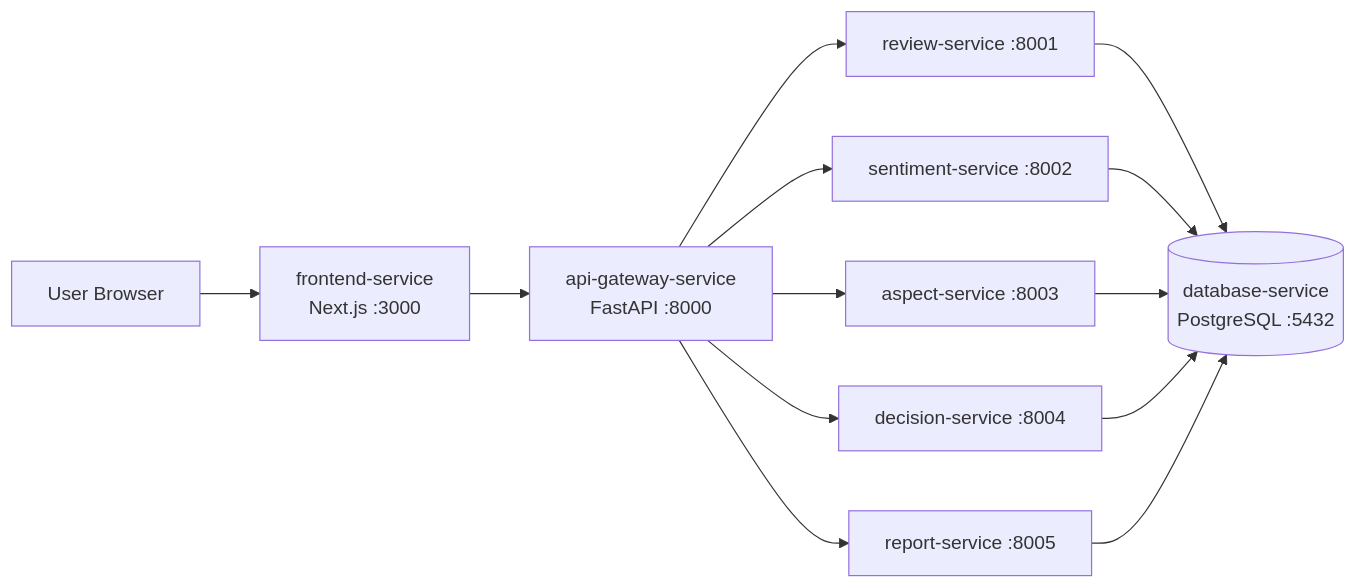
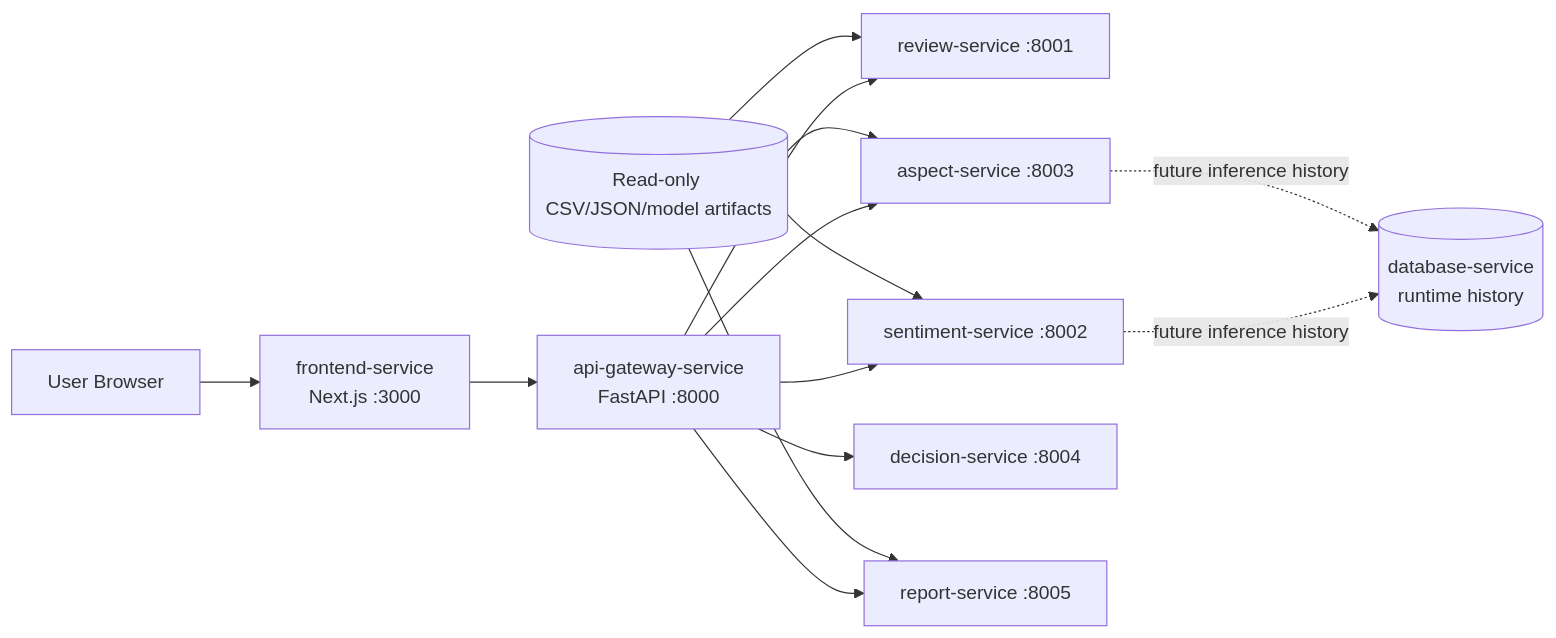
Before and after one commit to ahmadzkh/SentiRank: the first of 2 diagrams in docs/microservices/architecture.md, drawn with Mermaid. The commit also changed other lines of this file and 5 other files, not shown here.

Commit message:
docs: clarify research artifact and runtime database boundaries

````diff
--- a/docs/microservices/architecture.md
+++ b/docs/microservices/architecture.md
@@ -34,15 +85,16 @@
 ```mermaid
 flowchart LR
     Browser[User Browser] --> Frontend[frontend-service<br/>Next.js :3000]
     Frontend --> Gateway[api-gateway-service<br/>FastAPI :8000]
     Gateway --> Review[review-service :8001]
     Gateway --> Sentiment[sentiment-service :8002]
     Gateway --> Aspect[aspect-service :8003]
     Gateway --> Decision[decision-service :8004]
     Gateway --> Report[report-service :8005]
-    Review --> Database[(database-service<br/>PostgreSQL :5432)]
-    Sentiment --> Database
-    Aspect --> Database
-    Decision --> Database
-    Report --> Database
+    Artifacts[(Read-only CSV/JSON/model artifacts)] --> Review
+    Artifacts --> Sentiment
+    Artifacts --> Aspect
+    Artifacts --> Report
+    Sentiment -. future inference history .-> Database[(database-service<br/>runtime history)]
+    Aspect -. future inference history .-> Database
 ```
````
